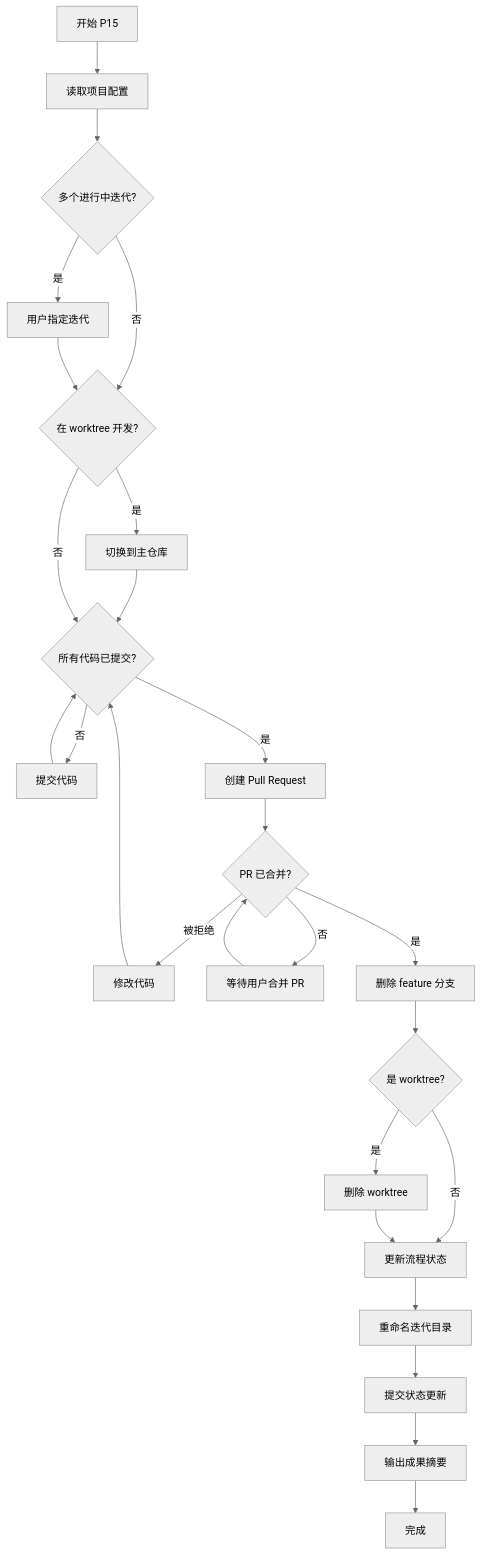
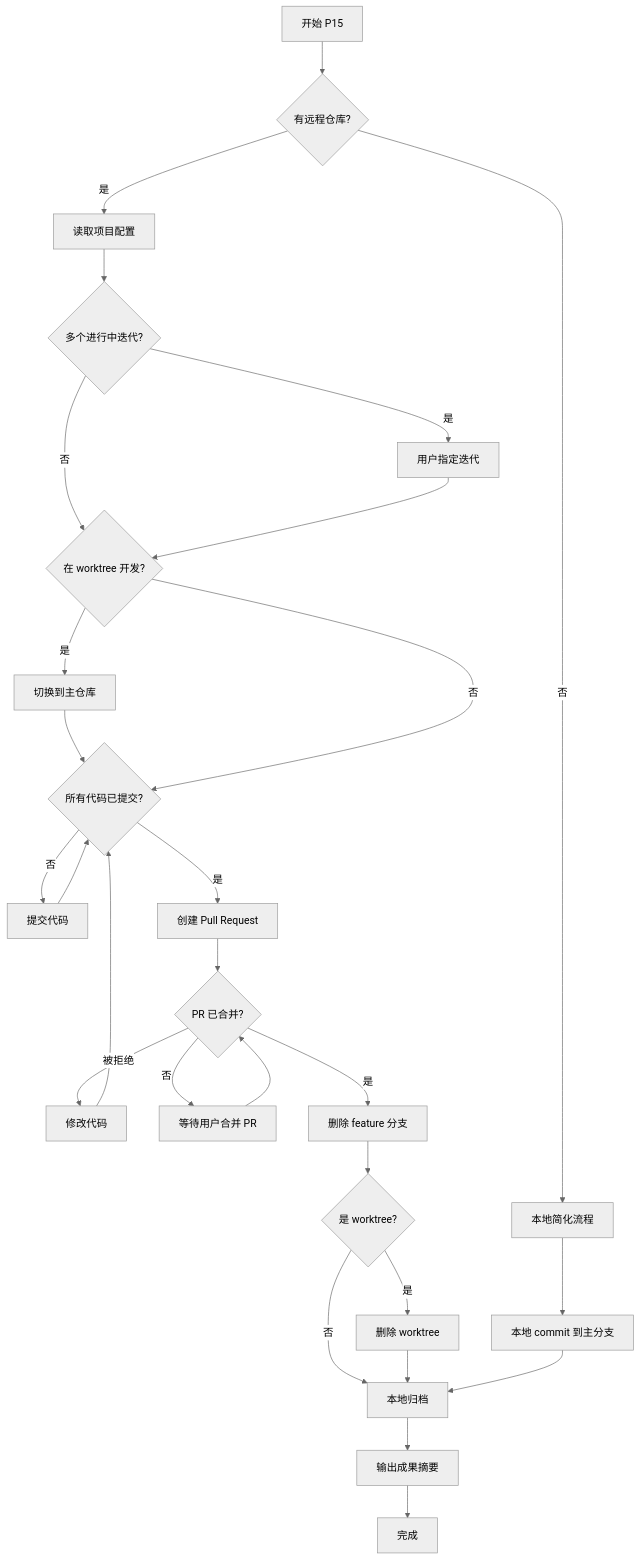
One commit to MTleen/cc-workflow changed the diagram in .claude/skills/ideal-delivery/SKILL.md. Above: the diagram before and after it, drawn with Mermaid (neutral theme). The commit also changed other lines of this file and 2 other files, not shown here.

````diff
--- a/.claude/skills/ideal-delivery/SKILL.md
+++ b/.claude/skills/ideal-delivery/SKILL.md
@@ -25,28 +27,31 @@
 ```mermaid
 flowchart TD
-    A[开始 P15] --> A1[读取项目配置]
+    A[开始 P15] --> A0{有远程仓库?}
+    A0 -->|是| A1[读取项目配置]
+    A0 -->|否| S1[本地简化流程]
     A1 --> A2{多个进行中迭代?}
     A2 -->|是| A3[用户指定迭代]
     A2 -->|否| B
     A3 --> B{在 worktree 开发?}
     B -->|是| C[切换到主仓库]
     C --> D{所有代码已提交?}
     B -->|否| D
     D -->|否| E[提交代码]
     E --> D
     D -->|是| F[创建 Pull Request]
     F --> G{PR 已合并?}
     G -->|被拒绝| R[修改代码]
     R --> D
     G -->|否| H[等待用户合并 PR]
     H --> G
     G -->|是| I[删除 feature 分支]
     I --> J{是 worktree?}
     J -->|是| K[删除 worktree]
-    J -->|否| L[更新流程状态]
+    J -->|否| L[本地归档]
     K --> L
-    L --> M[重命名迭代目录]
-    M --> N[提交状态更新]
-    N --> O[输出成果摘要]
-    O --> P[完成]
+    L --> M[输出成果摘要]
+    M --> P[完成]
+
+    S1 --> S2[本地 commit 到主分支]
+    S2 --> L
 ```
````
